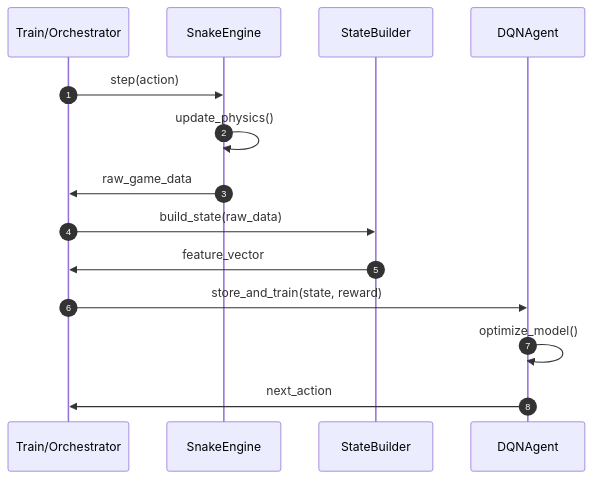
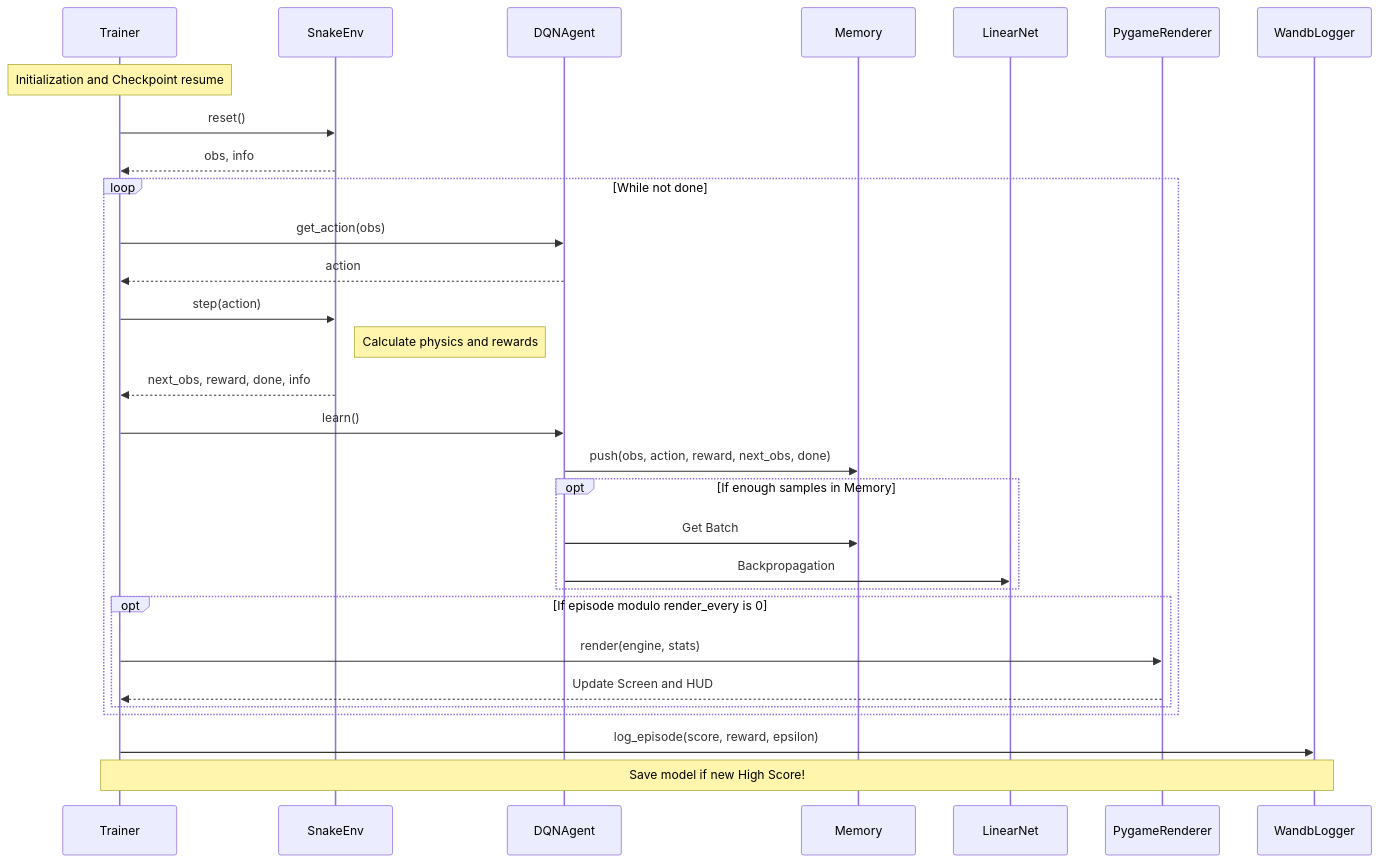
Before and after one commit to ibtyog/Reinforced-snake: the diagram in docs/mermaid/training_sequence.mmd, drawn with Mermaid. The commit also changed 9 other files, not shown here.

Commit message:
docs: add documentation, requirements and adjust diagrams

```diff
--- a/docs/mermaid/training_sequence.mmd
+++ b/docs/mermaid/training_sequence.mmd
@@ -1,15 +1,37 @@
 sequenceDiagram
-    autonumber
-    participant T as Train/Orchestrator
-    participant E as SnakeEngine
-    participant S as StateBuilder
+    participant T as Trainer
+    participant E as SnakeEnv
     participant A as DQNAgent
+    participant M as Memory
+    participant N as LinearNet
+    participant R as PygameRenderer
+    participant W as WandbLogger
 
-    T->>E: step(action)
-    E->>E: update_physics()
-    E->>T: raw_game_data
-    T->>S: build_state(raw_data)
-    S->>T: feature_vector
-    T->>A: store_and_train(state, reward)
-    A->>A: optimize_model()
-    A->>T: next_action
+    Note over T: Initialization and Checkpoint resume
+    T->>E: reset()
+    E-->>T: obs, info
+    
+    loop While not done
+        T->>A: get_action(obs)
+        A-->>T: action
+        
+        T->>E: step(action)
+        Note right of E: Calculate physics and rewards
+        E-->>T: next_obs, reward, done, info
+        
+        T->>A: learn()
+        A->>M: push(obs, action, reward, next_obs, done)
+        
+        opt If enough samples in Memory
+            A->>M: Get Batch
+            A->>N: Backpropagation
+        end
+        
+        opt If episode modulo render_every is 0
+            T->>R: render(engine, stats)
+            R-->>T: Update Screen and HUD
+        end
+    end
+    
+    T->>W: log_episode(score, reward, epsilon)
+    Note over T, W: Save model if new High Score!
```
